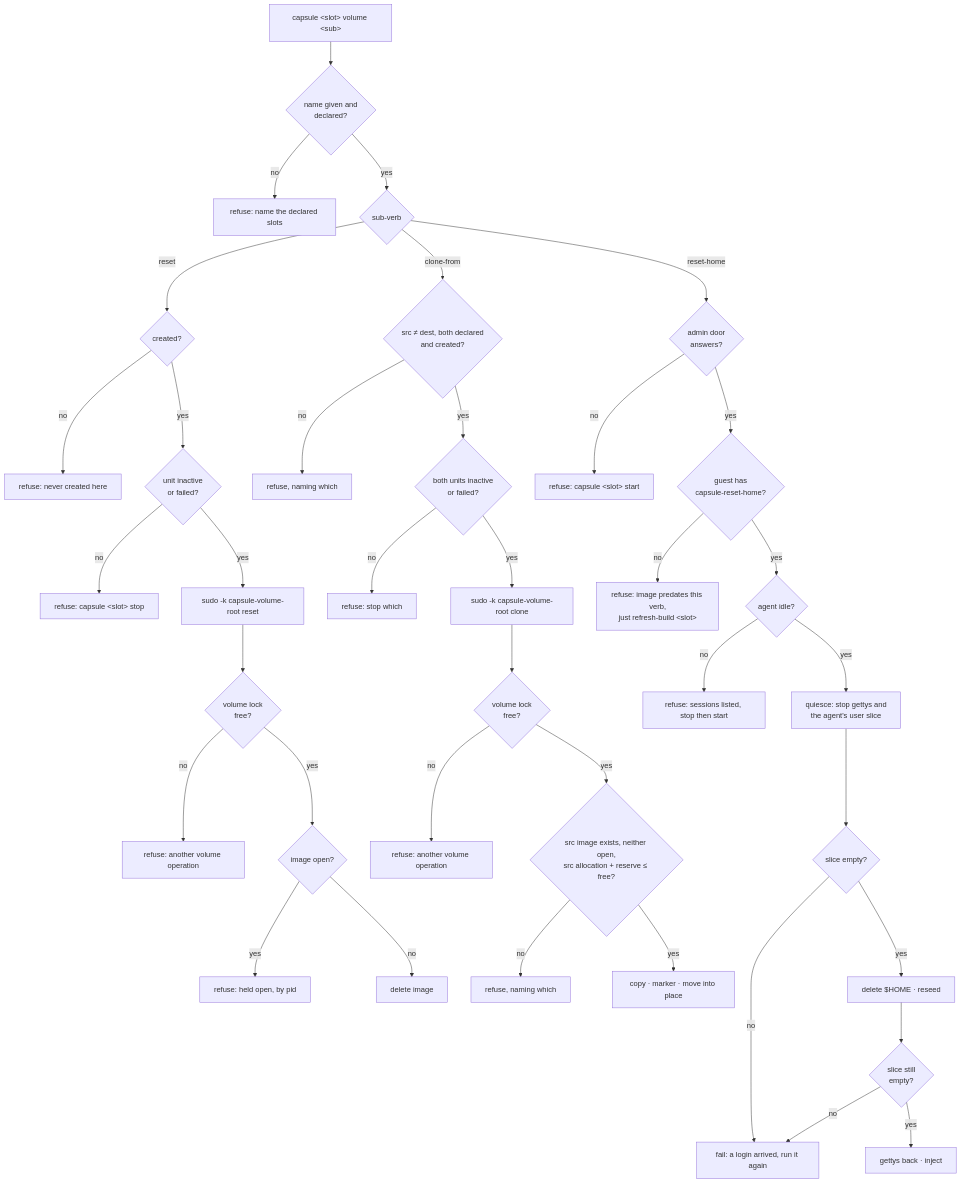
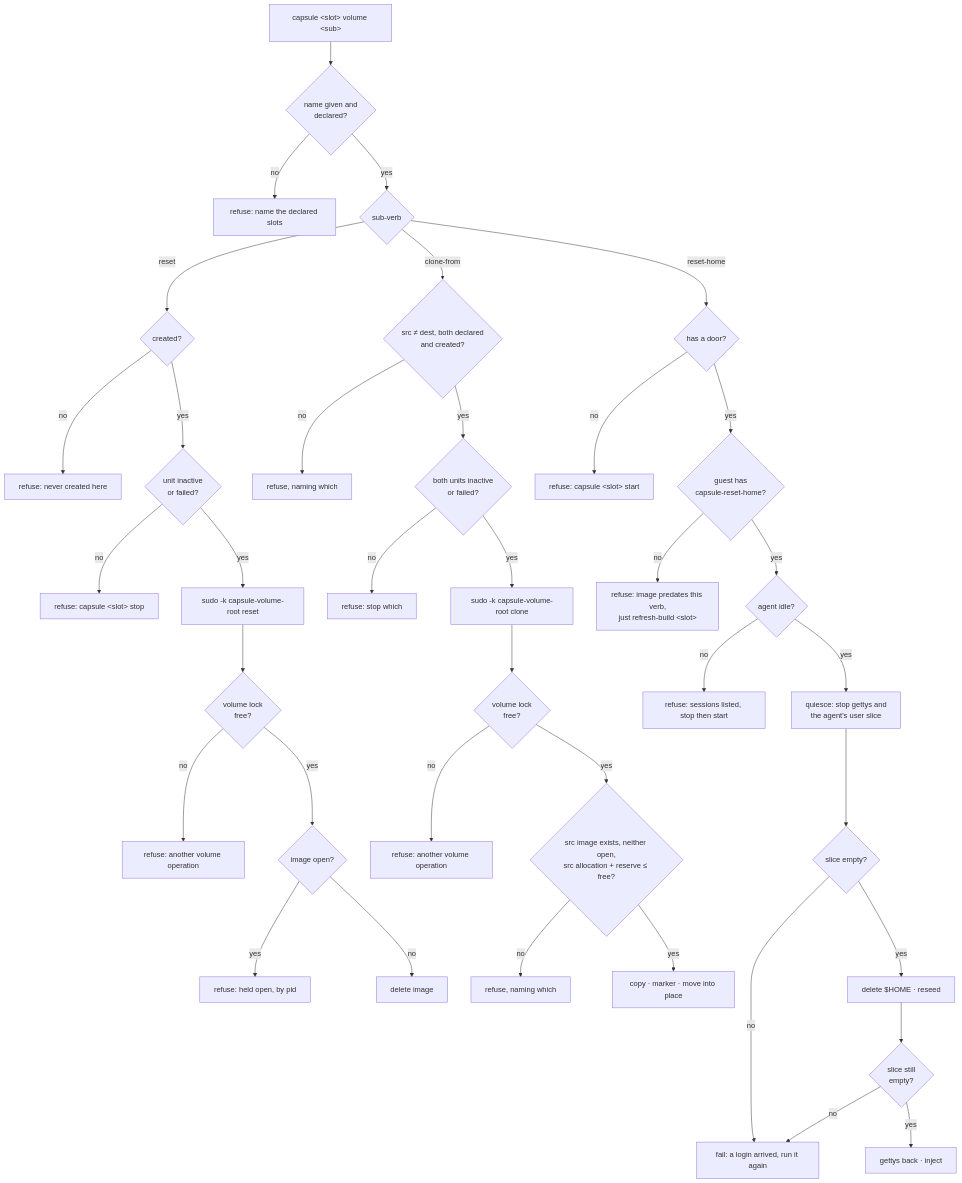
One commit to davidlee/oubliette changed the second of 3 diagrams in .doctrine/slice/002/design.md. Above: the diagram before and after it, drawn with Mermaid. The commit also changed other lines of this file and 3 other files, not shown here.

````diff
--- a/.doctrine/slice/002/design.md
+++ b/.doctrine/slice/002/design.md
@@ -143,42 +159,42 @@
 ```mermaid
 flowchart TD
   P["capsule &lt;slot&gt; volume &lt;sub&gt;"] --> N{"name given and<br/>declared?"}
   N -- no --> RN["refuse: name the declared slots"]
   N -- yes --> S{"sub-verb"}
 
   S -- reset --> C1{"created?"}
   C1 -- no --> RC["refuse: never created here"]
   C1 -- yes --> U1{"unit inactive<br/>or failed?"}
   U1 -- no --> RU["refuse: capsule &lt;slot&gt; stop"]
   U1 -- yes --> H1["sudo -k capsule-volume-root reset"]
   H1 --> L1{"volume lock<br/>free?"}
   L1 -- no --> RL1["refuse: another volume operation"]
   L1 -- yes --> F1{"image open?"}
   F1 -- yes --> RF["refuse: held open, by pid"]
   F1 -- no --> D1["delete image"]
 
   S -- clone-from --> C2{"src ≠ dest, both declared<br/>and created?"}
   C2 -- no --> RC2["refuse, naming which"]
   C2 -- yes --> U2{"both units inactive<br/>or failed?"}
   U2 -- no --> RU2["refuse: stop which"]
   U2 -- yes --> H2["sudo -k capsule-volume-root clone"]
   H2 --> L2{"volume lock<br/>free?"}
   L2 -- no --> RL2["refuse: another volume operation"]
   L2 -- yes --> F2{"src image exists, neither open,<br/>src allocation + reserve ≤ free?"}
   F2 -- no --> RF2["refuse, naming which"]
   F2 -- yes --> D2["copy · marker · move into place"]
 
-  S -- reset-home --> A{"admin door<br/>answers?"}
+  S -- reset-home --> A{"has a door?"}
   A -- no --> RA["refuse: capsule &lt;slot&gt; start"]
   A -- yes --> G{"guest has<br/>capsule-reset-home?"}
   G -- no --> RG["refuse: image predates this verb,<br/>just refresh-build &lt;slot&gt;"]
   G -- yes --> B{"agent idle?"}
   B -- no --> RB["refuse: sessions listed, stop then start"]
   B -- yes --> Q["quiesce: stop gettys and<br/>the agent's user slice"]
   Q --> Q2{"slice empty?"}
   Q2 -- no --> RQ["fail: a login arrived, run it again"]
   Q2 -- yes --> D3["delete $HOME · reseed"]
   D3 --> Q3{"slice still<br/>empty?"}
   Q3 -- no --> RQ
   Q3 -- yes --> D4["gettys back · inject"]
 ```
````
